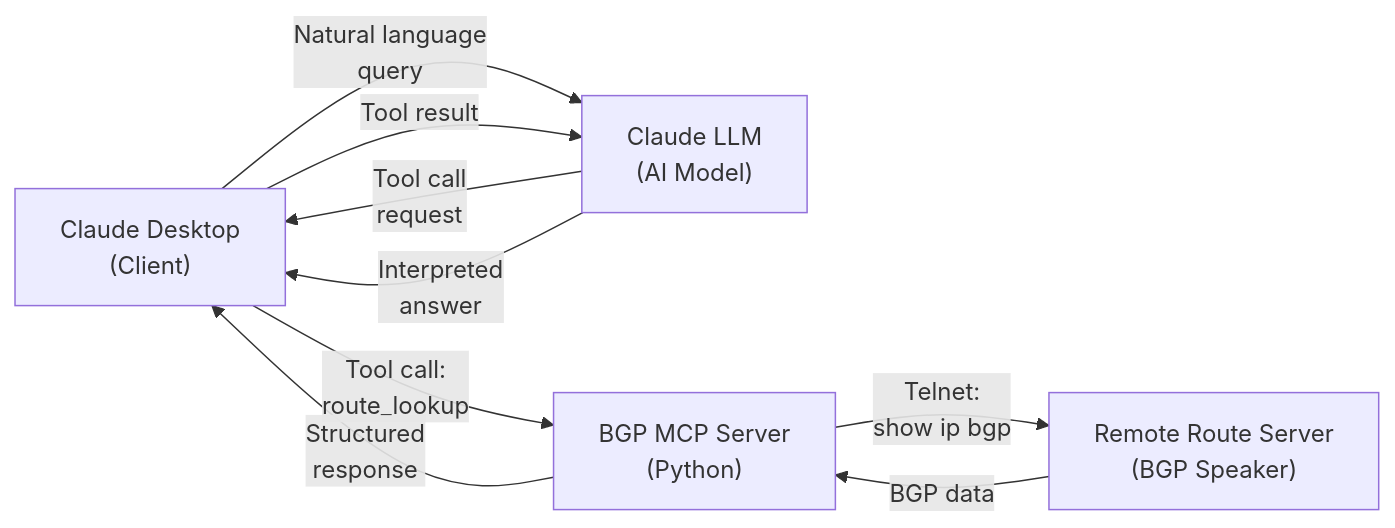
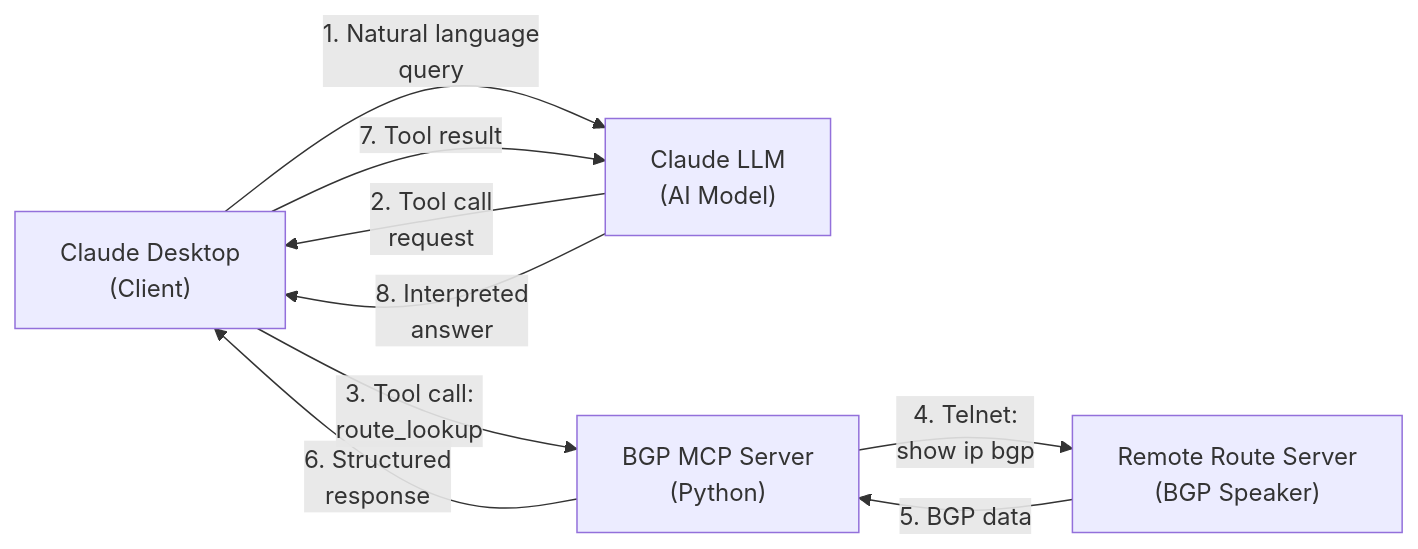
The diagram in blog/bgp-lg-mcp.md (simonpainter/www.simonpainter.com), drawn with Mermaid before and after one commit.

Commit message:
Add step numbers to query flow diagram

````diff
--- a/blog/bgp-lg-mcp.md
+++ b/blog/bgp-lg-mcp.md
@@ -43,11 +43,11 @@
 ```mermaid
 flowchart LR
-    A["Claude Desktop<br/>(Client)"] -->|"Natural language<br/>query"| B["Claude LLM<br/>(AI Model)"]
-    B -->|"Tool call<br/>request"| A
-    A -->|"Tool call:<br/>route_lookup"| C["BGP MCP Server<br/>(Python)"]
-    C -->|"Telnet:<br/>show ip bgp"| D["Remote Route Server<br/>(BGP Speaker)"]
-    D -->|"BGP data"| C
-    C -->|"Structured<br/>response"| A
-    A -->|"Tool result"| B
-    B -->|"Interpreted<br/>answer"| A
+    A["Claude Desktop<br/>(Client)"] -->|"1. Natural language<br/>query"| B["Claude LLM<br/>(AI Model)"]
+    B -->|"2. Tool call<br/>request"| A
+    A -->|"3. Tool call:<br/>route_lookup"| C["BGP MCP Server<br/>(Python)"]
+    C -->|"4. Telnet:<br/>show ip bgp"| D["Remote Route Server<br/>(BGP Speaker)"]
+    D -->|"5. BGP data"| C
+    C -->|"6. Structured<br/>response"| A
+    A -->|"7. Tool result"| B
+    B -->|"8. Interpreted<br/>answer"| A
 ```
````
